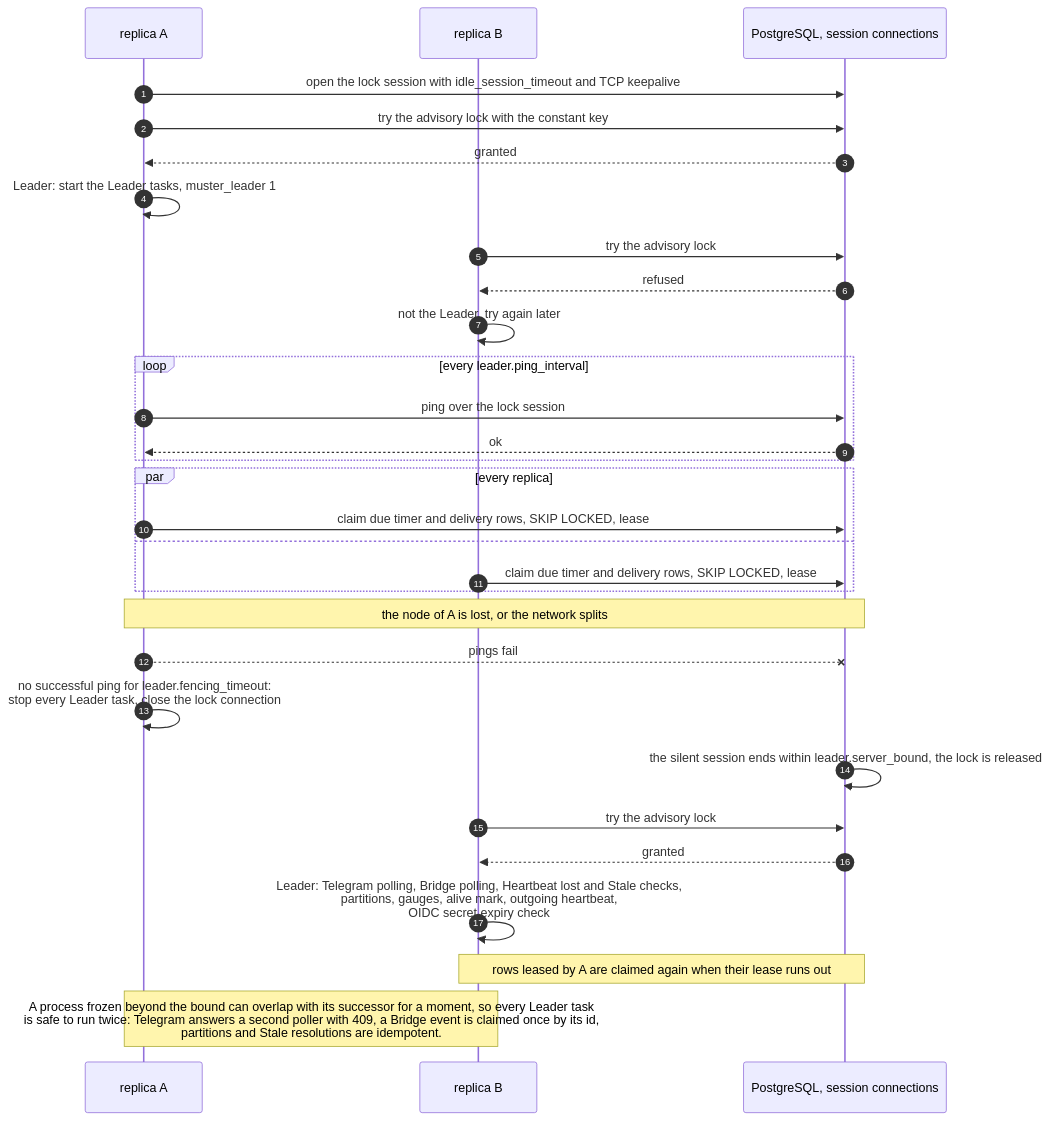
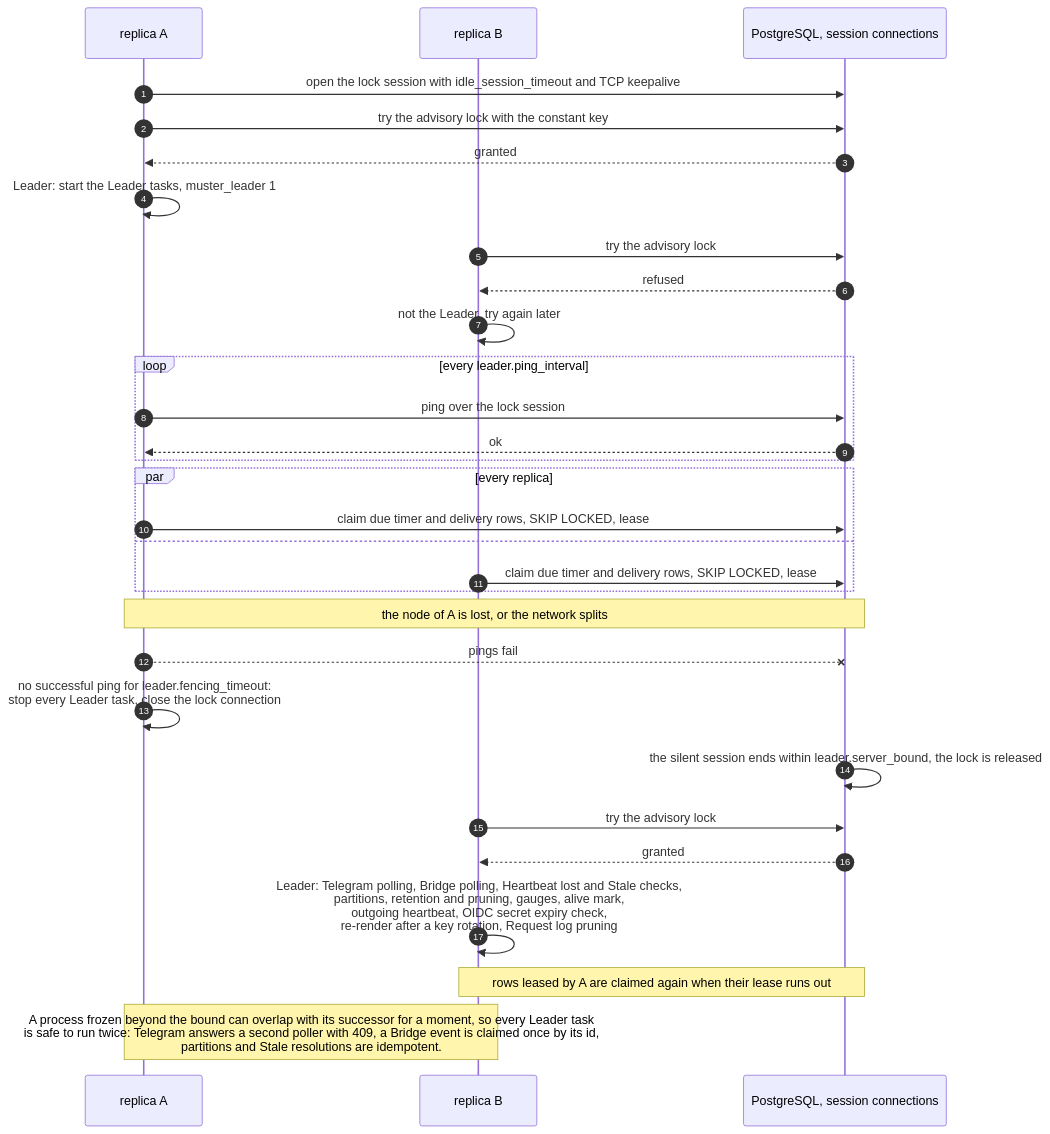
One commit to muster-io/muster changed diagram 17 of 27 in design/architecture.md. Above: the diagram before and after it, drawn with Mermaid. The commit also changed other lines of this file and 12 other files, not shown here.

Commit message:
docs: add the story for ai agents documentation and fix leader, bridge and library contract wording (#288)

````diff
--- a/design/architecture.md
+++ b/design/architecture.md
@@ -955,33 +956,33 @@
 ```mermaid
 sequenceDiagram
     autonumber
     participant A as replica A
     participant B as replica B
     participant PG as PostgreSQL, session connections
 
     A->>PG: open the lock session with idle_session_timeout and TCP keepalive
     A->>PG: try the advisory lock with the constant key
     PG-->>A: granted
     A->>A: Leader: start the Leader tasks, muster_leader 1
     B->>PG: try the advisory lock
     PG-->>B: refused
     B->>B: not the Leader, try again later
     loop every leader.ping_interval
         A->>PG: ping over the lock session
         PG-->>A: ok
     end
     par every replica
         A->>PG: claim due timer and delivery rows, SKIP LOCKED, lease
     and
         B->>PG: claim due timer and delivery rows, SKIP LOCKED, lease
     end
     Note over A,PG: the node of A is lost, or the network splits
     A--xPG: pings fail
     A->>A: no successful ping for leader.fencing_timeout:<br/>stop every Leader task, close the lock connection
     PG->>PG: the silent session ends within leader.server_bound, the lock is released
     B->>PG: try the advisory lock
     PG-->>B: granted
-    B->>B: Leader: Telegram polling, Bridge polling, Heartbeat lost and Stale checks,<br/>partitions, gauges, alive mark, outgoing heartbeat,<br/>OIDC secret expiry check
+    B->>B: Leader: Telegram polling, Bridge polling, Heartbeat lost and Stale checks,<br/>partitions, retention and pruning, gauges, alive mark,<br/>outgoing heartbeat, OIDC secret expiry check,<br/>re-render after a key rotation, Request log pruning
     Note over B,PG: rows leased by A are claimed again when their lease runs out
     Note over A,B: A process frozen beyond the bound can overlap with its successor for a moment, so every Leader task<br/>is safe to run twice: Telegram answers a second poller with 409, a Bridge event is claimed once by its id,<br/>partitions and Stale resolutions are idempotent.
 ```
````
